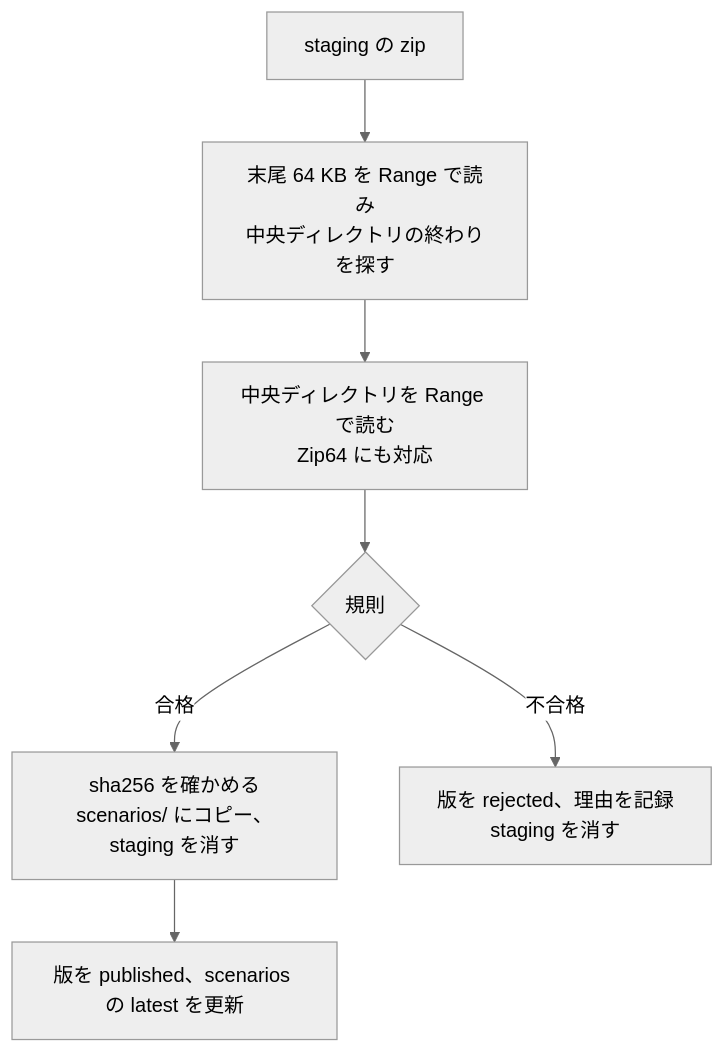
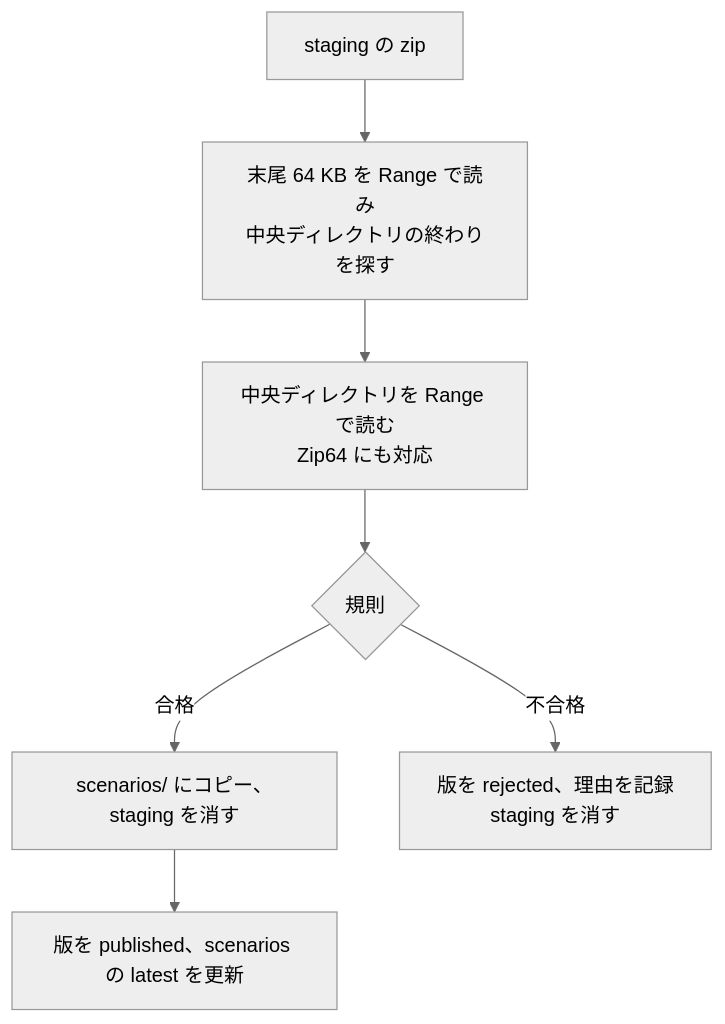
Before and after one commit to 7474/SRC-Site: the third of 3 diagrams in docs/architecture.md, drawn with Mermaid (neutral theme). The commit also changed other lines of this file and 12 other files, not shown here.

````diff
--- a/docs/architecture.md
+++ b/docs/architecture.md
@@ -308,9 +308,9 @@
 ```mermaid
 flowchart TB
   A[staging の zip] --> B[末尾 64 KB を Range で読み<br/>中央ディレクトリの終わりを探す]
   B --> C[中央ディレクトリを Range で読む<br/>Zip64 にも対応]
   C --> D{規則}
-  D -->|合格| E[sha256 を確かめる<br/>scenarios/ にコピー、staging を消す]
+  D -->|合格| E[scenarios/ にコピー、staging を消す]
   E --> F[版を published、scenarios の latest を更新]
   D -->|不合格| G[版を rejected、理由を記録<br/>staging を消す]
 ```
````
